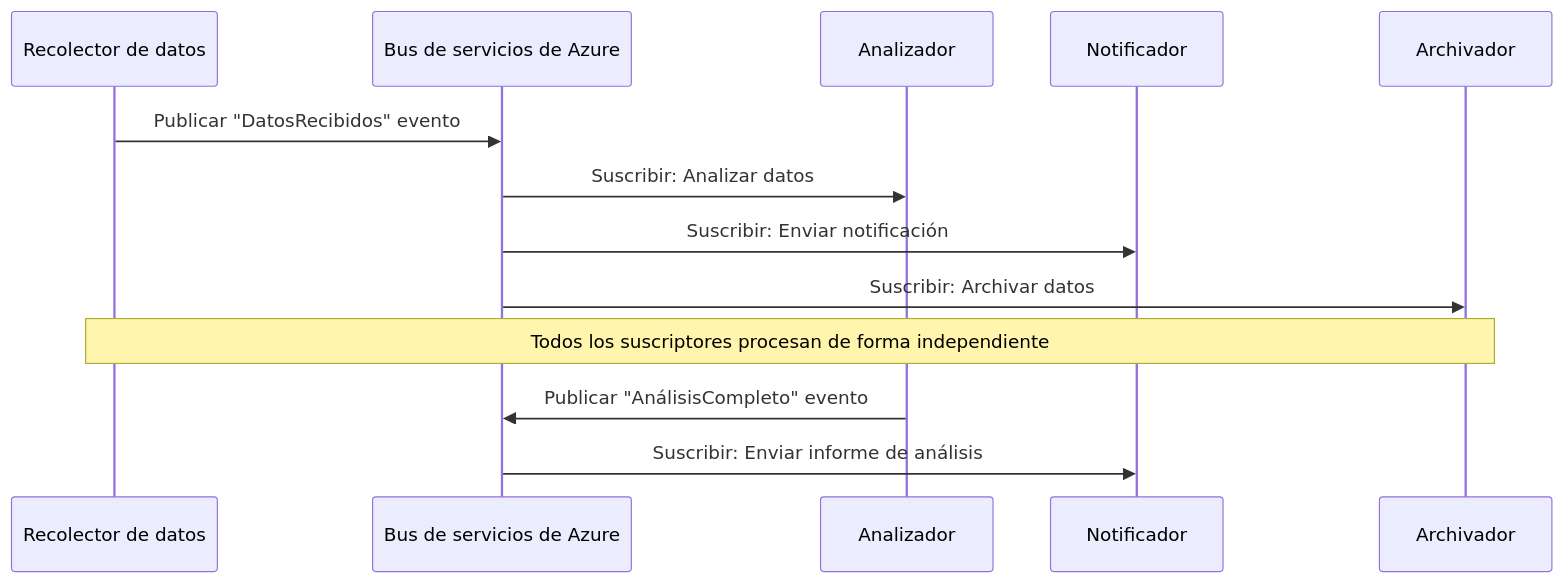
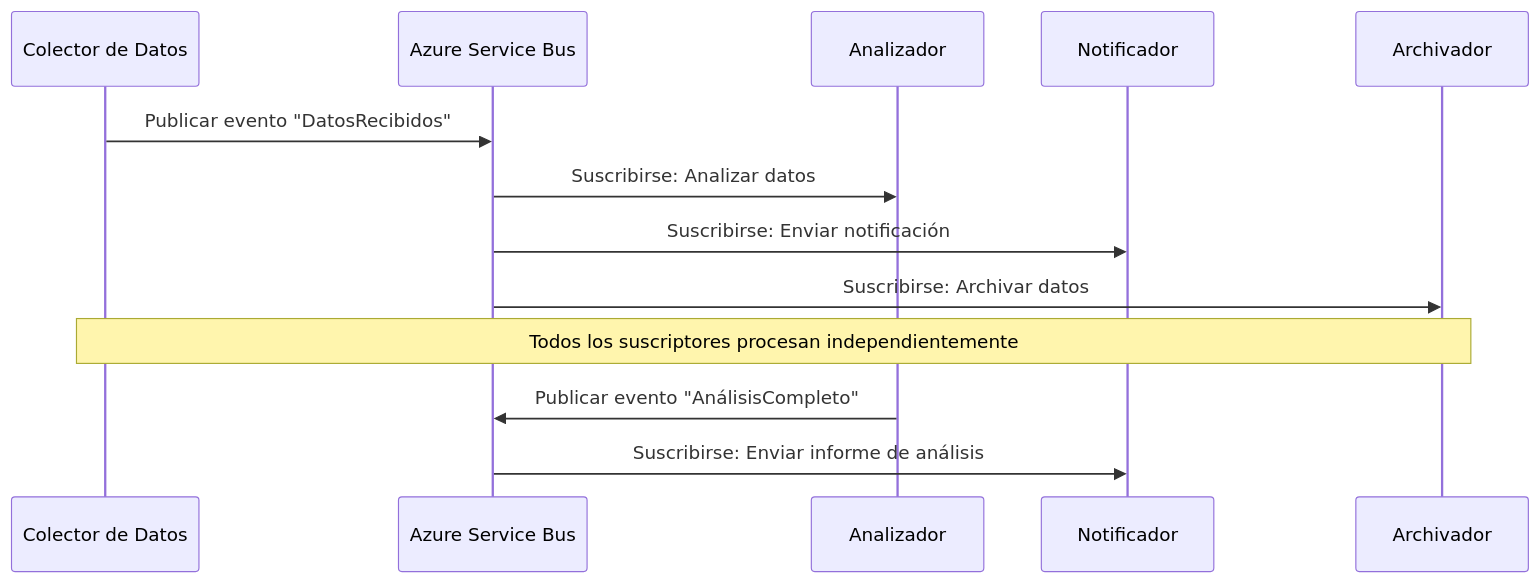
One commit to microsoft/AZD-for-beginners changed the fourth of 6 diagrams in translations/es/docs/chapter-06-pre-deployment/coordination-patterns.md. Above: the diagram before and after it, drawn with Mermaid. The commit also changed other lines of this file and 101 other files, not shown here.

````diff
--- a/translations/es/docs/chapter-06-pre-deployment/coordination-patterns.md
+++ b/translations/es/docs/chapter-06-pre-deployment/coordination-patterns.md
@@ -191,18 +185,18 @@
 ```mermaid
 sequenceDiagram
-    participant Agent1 as Recolector de datos
-    participant EventBus as Bus de servicios de Azure
+    participant Agent1 as Colector de Datos
+    participant EventBus as Azure Service Bus
     participant Agent2 as Analizador
     participant Agent3 as Notificador
     participant Agent4 as Archivador
     
-    Agent1->>EventBus: Publicar "DatosRecibidos" evento
-    EventBus->>Agent2: Suscribir: Analizar datos
-    EventBus->>Agent3: Suscribir: Enviar notificación
-    EventBus->>Agent4: Suscribir: Archivar datos
+    Agent1->>EventBus: Publicar evento "DatosRecibidos"
+    EventBus->>Agent2: Suscribirse: Analizar datos
+    EventBus->>Agent3: Suscribirse: Enviar notificación
+    EventBus->>Agent4: Suscribirse: Archivar datos
     
-    Note over Agent1,Agent4: Todos los suscriptores procesan de forma independiente
+    Note over Agent1,Agent4: Todos los suscriptores procesan independientemente
     
-    Agent2->>EventBus: Publicar "AnálisisCompleto" evento
-    EventBus->>Agent3: Suscribir: Enviar informe de análisis
+    Agent2->>EventBus: Publicar evento "AnálisisCompleto"
+    EventBus->>Agent3: Suscribirse: Enviar informe de análisis
 ```
````
